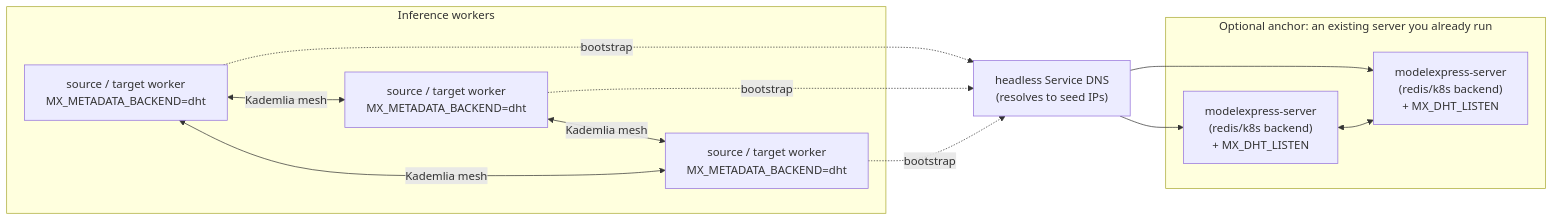
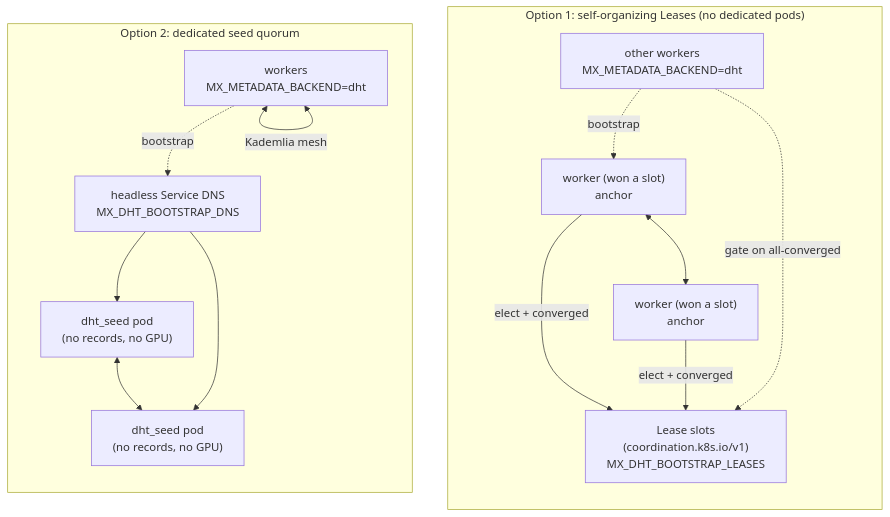
The diagram in docs/DHT_BACKEND.md (ai-dynamo/modelexpress), drawn with Mermaid before and after one commit. The commit also changed other lines of this file and 12 other files, not shown here.

First line of the commit message:
feat: add self-organizing K8s Lease bootstrap and a standalone seed for the DHT backend

````diff
--- a/docs/DHT_BACKEND.md
+++ b/docs/DHT_BACKEND.md
@@ -108,22 +123,27 @@
 ```mermaid
-flowchart LR
-    subgraph seeds["Optional anchor: an existing server you already run"]
-        S1["modelexpress-server\n(redis/k8s backend)\n+ MX_DHT_LISTEN"]
-        S2["modelexpress-server\n(redis/k8s backend)\n+ MX_DHT_LISTEN"]
+flowchart TB
+    subgraph opt1["Option 1: self-organizing Leases (no dedicated pods)"]
+        direction TB
+        L["Lease slots\n(coordination.k8s.io/v1)\nMX_DHT_BOOTSTRAP_LEASES"]
+        A1["worker (won a slot)\nanchor"]
+        A2["worker (won a slot)\nanchor"]
+        WA["other workers\nMX_METADATA_BACKEND=dht"]
+        A1 -- "elect + converged" --> L
+        A2 -- "elect + converged" --> L
+        WA -. "gate on all-converged" .-> L
+        WA -. bootstrap .-> A1
+        A1 <--> A2
     end
-    subgraph workers["Inference workers"]
-        W1["source / target worker\nMX_METADATA_BACKEND=dht"]
-        W2["source / target worker\nMX_METADATA_BACKEND=dht"]
-        W3["source / target worker\nMX_METADATA_BACKEND=dht"]
+    subgraph opt2["Option 2: dedicated seed quorum"]
+        direction TB
+        HS["headless Service DNS\nMX_DHT_BOOTSTRAP_DNS"]
+        SD1["dht_seed pod\n(no records, no GPU)"]
+        SD2["dht_seed pod\n(no records, no GPU)"]
+        WB["workers\nMX_METADATA_BACKEND=dht"]
+        WB -. bootstrap .-> HS
+        HS --> SD1
+        HS --> SD2
+        SD1 <--> SD2
+        WB <-->|Kademlia mesh| WB
     end
-    headless["headless Service DNS\n(resolves to seed IPs)"]
-    W1 -.bootstrap.-> headless
-    W2 -.bootstrap.-> headless
-    W3 -.bootstrap.-> headless
-    headless --> S1
-    headless --> S2
-    W1 <-->|Kademlia mesh| W2
-    W2 <-->|Kademlia mesh| W3
-    W1 <-->|Kademlia mesh| W3
-    S1 <--> S2
 ```
````
